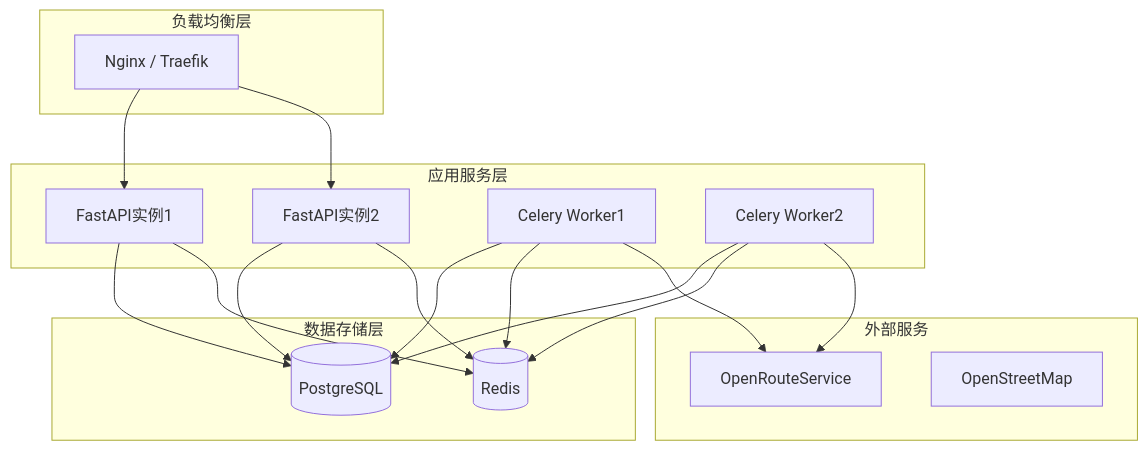
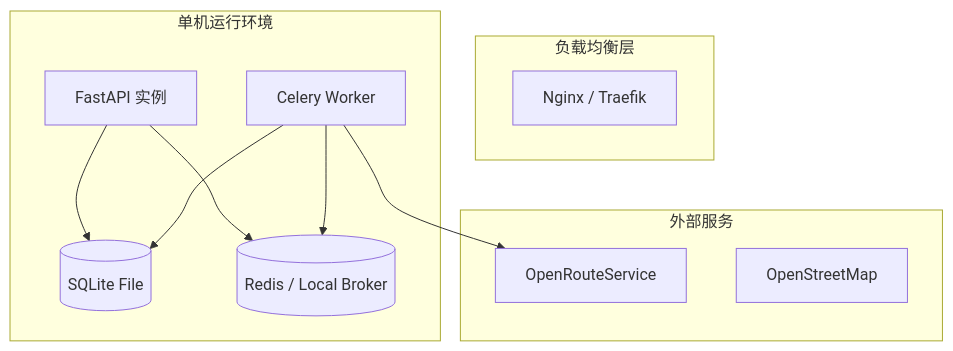
The sixth of 7 diagrams in docs/快递末端配送系统设计文档.md (wskeei/OptiRoute-LastMile), drawn with Mermaid before and after one commit. The commit also changed other lines of this file and 1 other file, not shown here.

Commit message:
docs: add system design and UI/UX documentation

````diff
--- a/docs/快递末端配送系统设计文档.md
+++ b/docs/快递末端配送系统设计文档.md
@@ -811,36 +811,24 @@
 ```mermaid
 graph TB
     subgraph "负载均衡层"
         LB[Nginx / Traefik]
     end
 
-    subgraph "应用服务层"
-        API1[FastAPI实例1]
-        API2[FastAPI实例2]
-        Worker1[Celery Worker1]
-        Worker2[Celery Worker2]
-    end
-
-    subgraph "数据存储层"
-        PG[(PostgreSQL)]
-        RD[(Redis)]
+    subgraph "单机运行环境"
+        API1[FastAPI 实例]
+        Worker1[Celery Worker]
+        DB[(SQLite File)]
+        RD[(Redis / Local Broker)]
     end
 
     subgraph "外部服务"
         ORS[OpenRouteService]
         OSM[OpenStreetMap]
     end
 
-    LB --> API1
-    LB --> API2
-    API1 --> PG
-    API2 --> PG
+    API1 --> DB
     API1 --> RD
-    API2 --> RD
-    Worker1 --> PG
-    Worker2 --> PG
+    Worker1 --> DB
     Worker1 --> RD
-    Worker2 --> RD
     Worker1 --> ORS
-    Worker2 --> ORS
 ```
````
